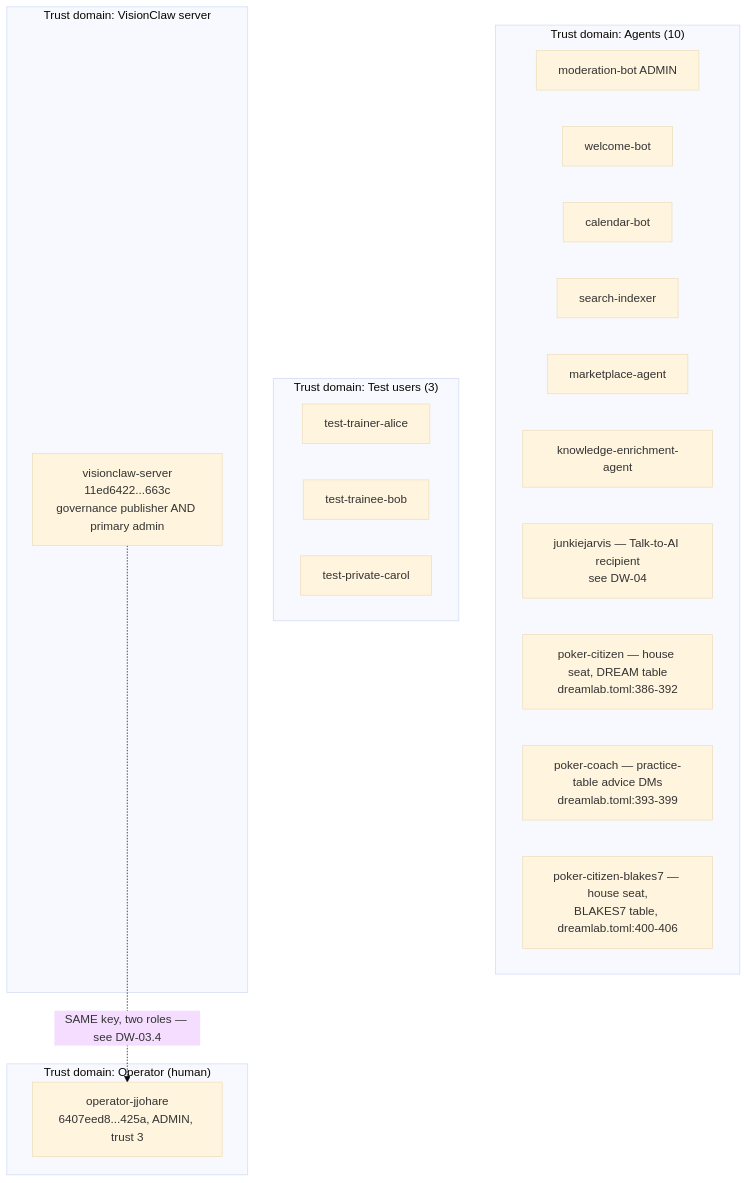
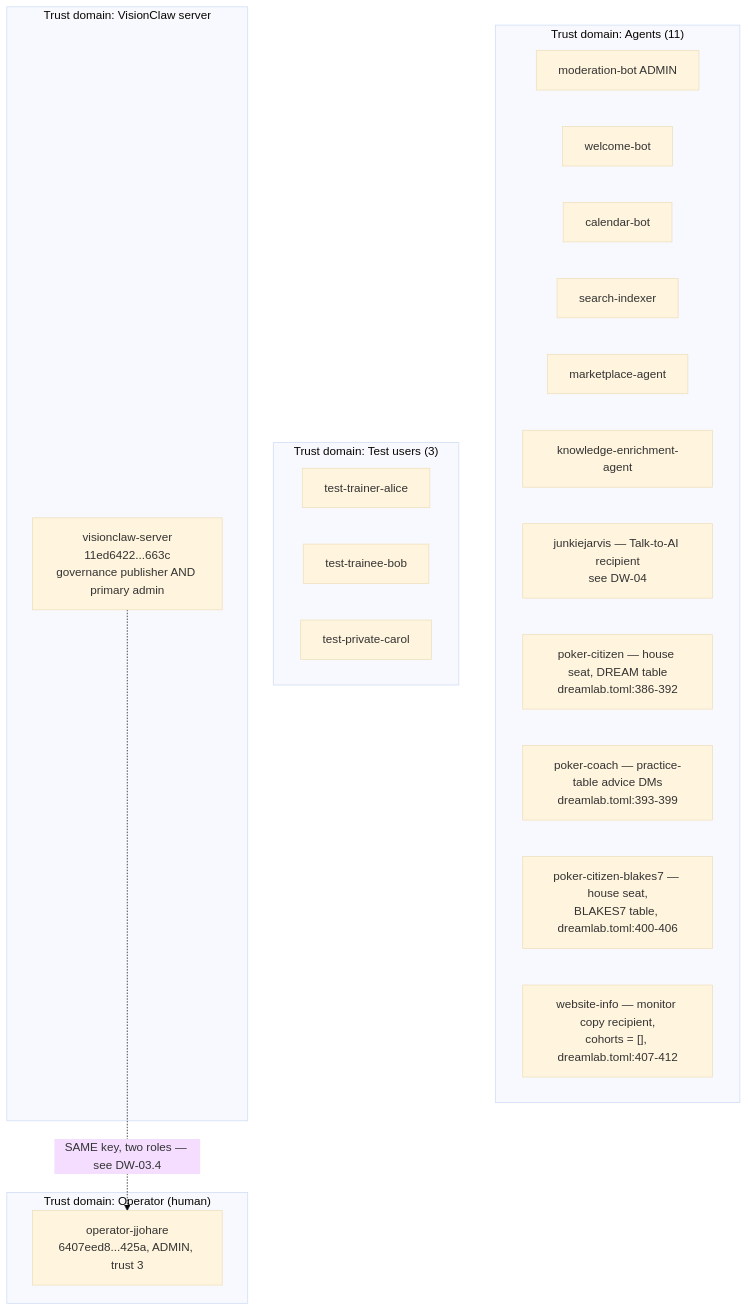
The second of 10 diagrams in docs/diagrams/dreamlab-ai-website/03-forum-config-overlay-zones-admin-kv-sync.md (DreamLab-AI/VisionFlow), drawn with Mermaid (base theme) before and after one commit. The commit also changed other lines of this file and 160 other files, not shown here.

````diff
--- a/docs/diagrams/dreamlab-ai-website/03-forum-config-overlay-zones-admin-kv-sync.md
+++ b/docs/diagrams/dreamlab-ai-website/03-forum-config-overlay-zones-admin-kv-sync.md
@@ -49,27 +52,28 @@
 ```mermaid
 flowchart TB
     subgraph Operator["Trust domain: Operator (human)"]
         OP["operator-jjohare<br/>6407eed8...425a, ADMIN, trust 3"]
     end
-    subgraph Agents["Trust domain: Agents (10)"]
+    subgraph Agents["Trust domain: Agents (11)"]
         MB["moderation-bot ADMIN"]
         WB["welcome-bot"]
         CB["calendar-bot"]
         SI["search-indexer"]
         MA["marketplace-agent"]
         KE["knowledge-enrichment-agent"]
         JJ["junkiejarvis — Talk-to-AI recipient<br/>see DW-04"]
         PC["poker-citizen — house seat, DREAM table<br/>dreamlab.toml:386-392"]
         PCK["poker-coach — practice-table advice DMs<br/>dreamlab.toml:393-399"]
         PCB["poker-citizen-blakes7 — house seat,<br/>BLAKES7 table, dreamlab.toml:400-406"]
+        WI["website-info — monitor copy recipient,<br/>cohorts = [], dreamlab.toml:407-412"]
     end
     subgraph TestUsers["Trust domain: Test users (3)"]
         TA["test-trainer-alice"]
         TB2["test-trainee-bob"]
         TC["test-private-carol"]
     end
     subgraph VC["Trust domain: VisionClaw server"]
         VS["visionclaw-server<br/>11ed6422...663c<br/>governance publisher AND primary admin"]
     end
     VS -.->|"SAME key, two roles — see DW-03.4"| OP
 ```
````
